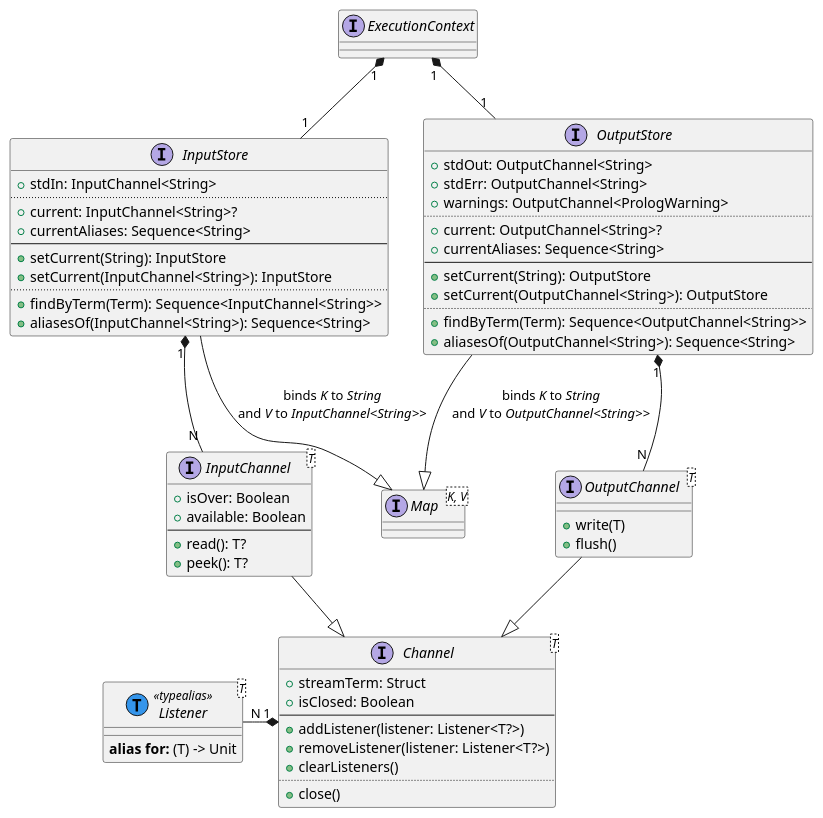
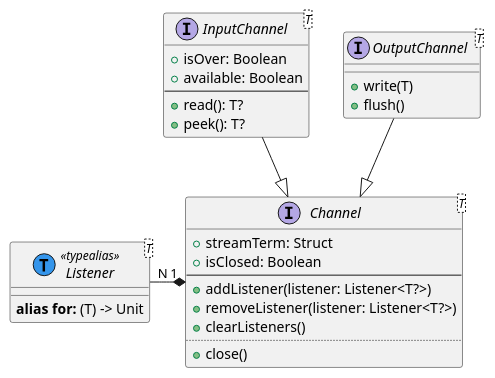
The diagram in img/channels.pu (gciatto-unibo/2p-kt-presentation), drawn with PlantUML before and after one commit. The commit also changed 6 other files, not shown here.

```diff
--- a/img/channels.pu
+++ b/img/channels.pu
@@ -1,76 +1,34 @@
 @startuml
 interface Listener<T> << (T,#3495eb) typealias >>  {
   **alias for:** (T) -> Unit
 }
 
 interface Channel<T> {
     + streamTerm: Struct
     + isClosed: Boolean
     --
     + addListener(listener: Listener<T?>)
     + removeListener(listener: Listener<T?>)
     + clearListeners()
     ..
     + close()
 }
 
 interface InputChannel<T> {
     + isOver: Boolean
     + available: Boolean
     --
     + read(): T?
     + peek(): T?
 }
 
 interface OutputChannel<T> {
     + write(T)
     + flush()
 }
 
-interface InputStore {
-    + stdIn: InputChannel<String>
-    ..
-    + current: InputChannel<String>?
-    + currentAliases: Sequence<String>
-    --
-    + setCurrent(String): InputStore
-    + setCurrent(InputChannel<String>): InputStore
-    ..
-    + findByTerm(Term): Sequence<InputChannel<String>>
-    + aliasesOf(InputChannel<String>): Sequence<String>
-}
-
-interface OutputStore {
-    + stdOut: OutputChannel<String>
-    + stdErr: OutputChannel<String>
-    + warnings: OutputChannel<PrologWarning>
-    ..
-    + current: OutputChannel<String>?
-    + currentAliases: Sequence<String>
-    --
-    + setCurrent(String): OutputStore
-    + setCurrent(OutputChannel<String>): OutputStore
-    ..
-    + findByTerm(Term): Sequence<OutputChannel<String>>
-    + aliasesOf(OutputChannel<String>): Sequence<String>
-}
-
-interface Map<K, V>
-
-InputStore --|> Map: binds //K// to //String//\nand //V// to //InputChannel<String>>//
-OutputStore --|> Map: binds //K// to //String//\nand //V// to //OutputChannel<String>>//
-
-interface OutputStore
-
 Channel "1" *-left- "N" Listener
 InputChannel --|> Channel
 OutputChannel --|> Channel
 
-InputStore "1" *-- "N" InputChannel
-OutputStore "1" *-- "N" OutputChannel
-
-interface ExecutionContext
-
-ExecutionContext "1" *-- "1" InputStore
-ExecutionContext "1" *-- "1" OutputStore
 @enduml
```
